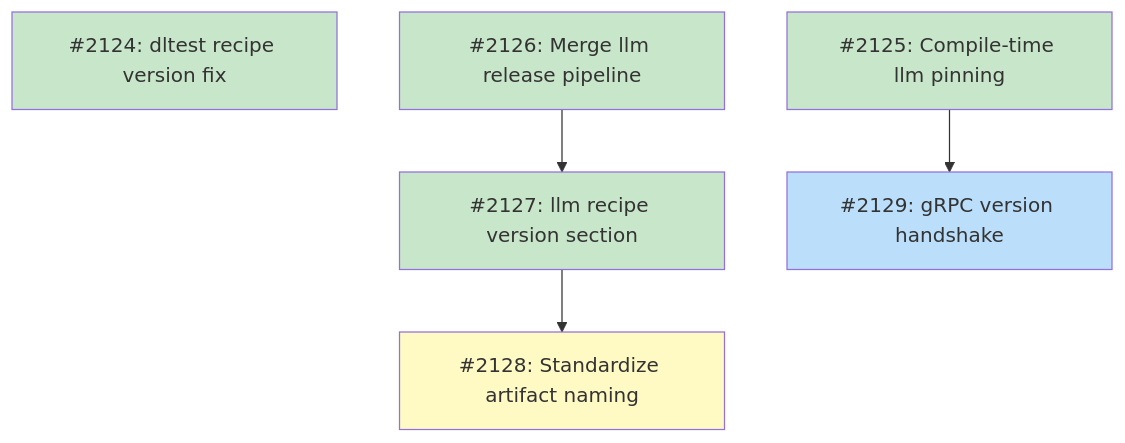
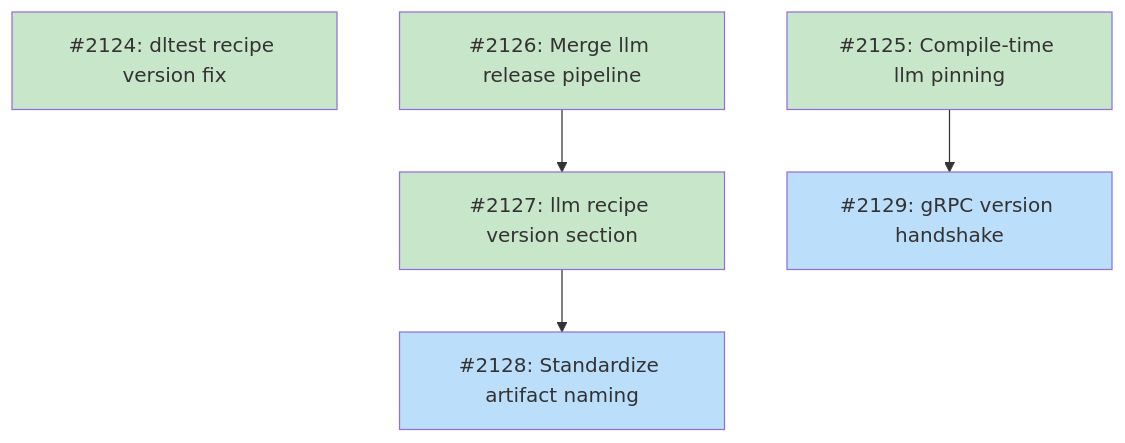
One commit to tsukumogami/tsuku changed the diagram in docs/designs/DESIGN-unified-release-versioning.md. Above: the diagram before and after it, drawn with Mermaid. The commit also changed other lines of this file and 1 other file, not shown here.

First line of the commit message:
chore(docs): update diagram classes and strikethrough for #2127

````diff
--- a/docs/designs/DESIGN-unified-release-versioning.md
+++ b/docs/designs/DESIGN-unified-release-versioning.md
@@ -286,22 +286,22 @@
 ```mermaid
 graph TD
     I2124["#2124: dltest recipe version fix"]
     I2125["#2125: Compile-time llm pinning"]
     I2126["#2126: Merge llm release pipeline"]
     I2127["#2127: llm recipe version section"]
     I2128["#2128: Standardize artifact naming"]
     I2129["#2129: gRPC version handshake"]
 
     I2126 --> I2127
     I2127 --> I2128
     I2125 --> I2129
 
     classDef done fill:#c8e6c9
     classDef ready fill:#bbdefb
     classDef blocked fill:#fff9c4
 
     class I2124,I2125,I2126 done
     class I2129 ready
     class I2127 done
-    class I2128 blocked
+    class I2128 ready
 ```
````
